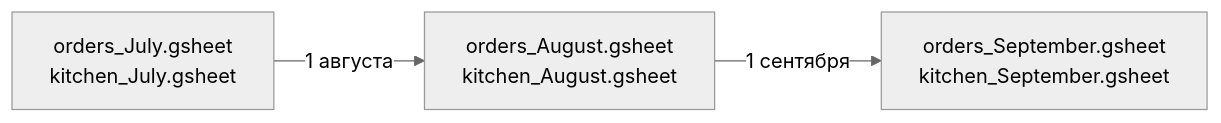
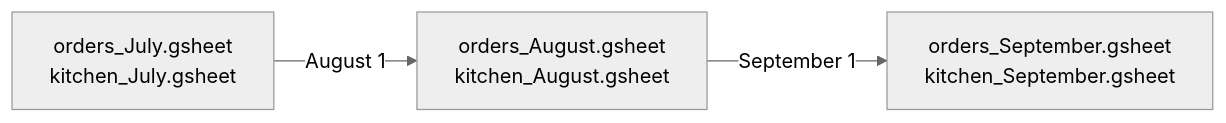
Before and after one commit to Vita-Victory/customer-service-kitchen-assistant: the fourth of 4 diagrams in docs/03-order-flow.md, drawn with Mermaid (neutral theme). The commit also changed other lines of this file and 9 other files, not shown here.

````diff
--- a/docs/03-order-flow.md
+++ b/docs/03-order-flow.md
@@ -65,5 +65,5 @@
 ```mermaid
 flowchart LR
-    July["orders_July.gsheet\nkitchen_July.gsheet"] -->|"1 августа"| August["orders_August.gsheet\nkitchen_August.gsheet"]
-    August -->|"1 сентября"| September["orders_September.gsheet\nkitchen_September.gsheet"]
+    July["orders_July.gsheet\nkitchen_July.gsheet"] -->|"August 1"| August["orders_August.gsheet\nkitchen_August.gsheet"]
+    August -->|"September 1"| September["orders_September.gsheet\nkitchen_September.gsheet"]
 ```
````
